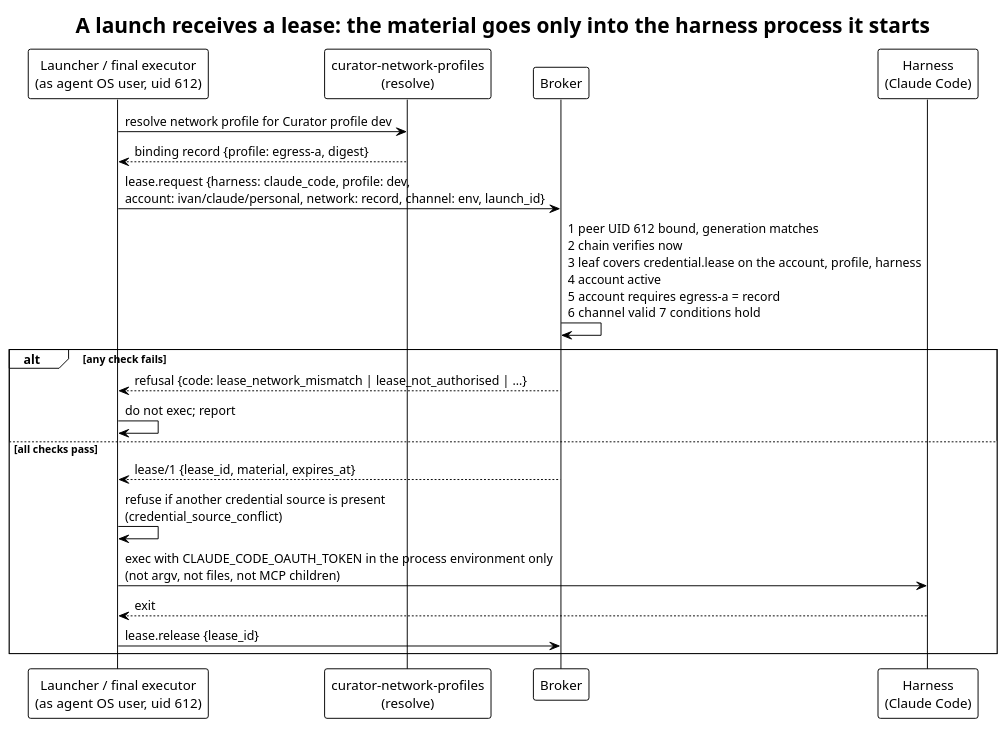
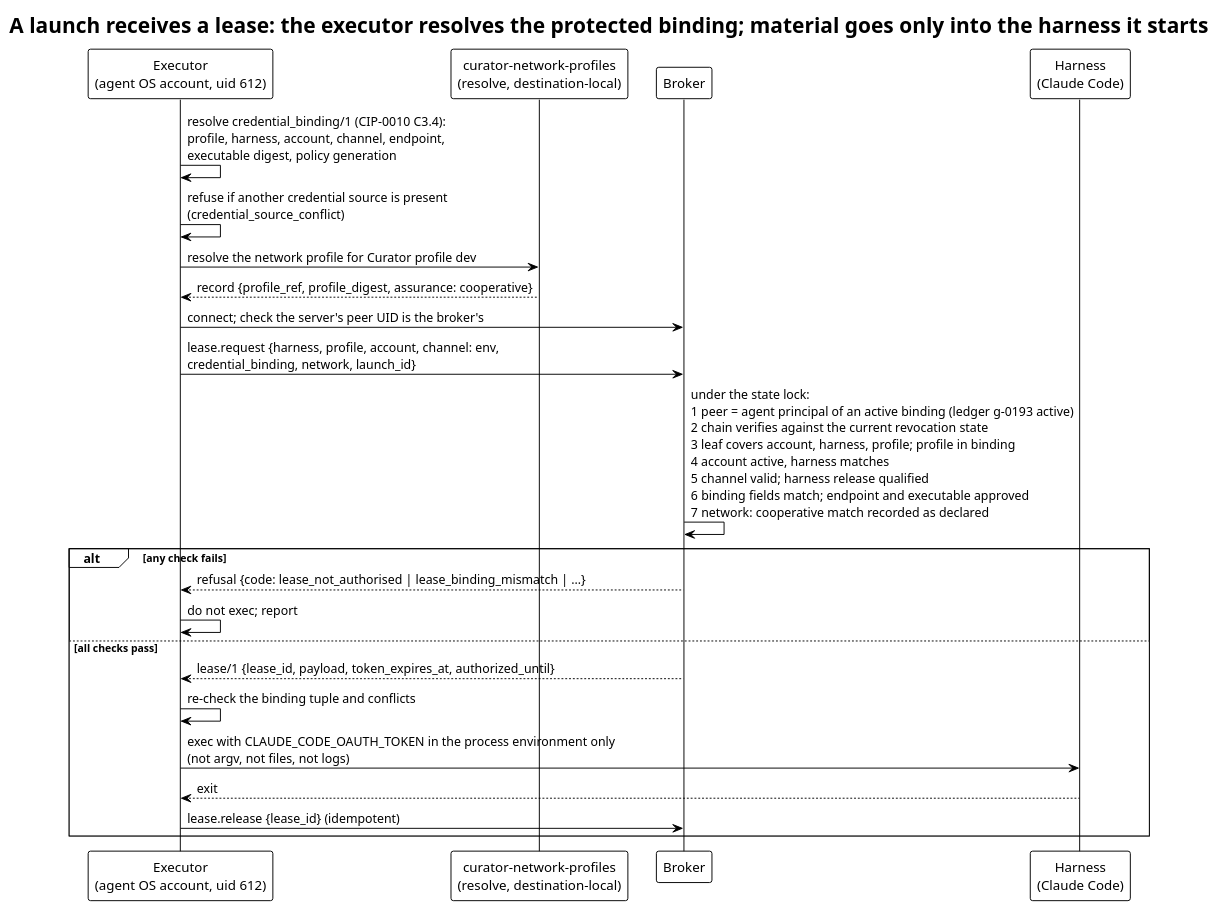
Before and after one commit to relux-works/curator-credential-broker: the diagram in diagrams/lease-at-launch.puml, drawn with PlantUML. The commit also changed 5 other files, not shown here.

First line of the commit message:
Revise the broker specification after the architecture review (v0.2)

```diff
--- a/diagrams/lease-at-launch.puml
+++ b/diagrams/lease-at-launch.puml
@@ -1,24 +1,27 @@
 @startuml lease-at-launch
 !theme plain
-title A launch receives a lease: the material goes only into the harness process it starts
+title A launch receives a lease: the executor resolves the protected binding; material goes only into the harness it starts
 
-participant "Launcher / final executor\n(as agent OS user, uid 612)" as L
-participant "curator-network-profiles\n(resolve)" as N
+participant "Executor\n(agent OS account, uid 612)" as E
+participant "curator-network-profiles\n(resolve, destination-local)" as N
 participant "Broker" as B
 participant "Harness\n(Claude Code)" as H
 
-L -> N: resolve network profile for Curator profile dev
-N --> L: binding record {profile: egress-a, digest}
-L -> B: lease.request {harness: claude_code, profile: dev,\naccount: ivan/claude/personal, network: record, channel: env, launch_id}
-B -> B: 1 peer UID 612 bound, generation matches\n2 chain verifies now\n3 leaf covers credential.lease on the account, profile, harness\n4 account active\n5 account requires egress-a = record\n6 channel valid  7 conditions hold
+E -> E: resolve credential_binding/1 (CIP-0010 C3.4):\nprofile, harness, account, channel, endpoint,\nexecutable digest, policy generation
+E -> E: refuse if another credential source is present\n(credential_source_conflict)
+E -> N: resolve the network profile for Curator profile dev
+N --> E: record {profile_ref, profile_digest, assurance: cooperative}
+E -> B: connect; check the server's peer UID is the broker's
+E -> B: lease.request {harness, profile, account, channel: env,\ncredential_binding, network, launch_id}
+B -> B: under the state lock:\n1 peer = agent principal of an active binding (ledger g-0193 active)\n2 chain verifies against the current revocation state\n3 leaf covers account, harness, profile; profile in binding\n4 account active, harness matches\n5 channel valid; harness release qualified\n6 binding fields match; endpoint and executable approved\n7 network: cooperative match recorded as declared
 alt any check fails
-  B --> L: refusal {code: lease_network_mismatch | lease_not_authorised | …}
-  L -> L: do not exec; report
+  B --> E: refusal {code: lease_not_authorised | lease_binding_mismatch | …}
+  E -> E: do not exec; report
 else all checks pass
-  B --> L: lease/1 {lease_id, material, expires_at}
-  L -> L: refuse if another credential source is present\n(credential_source_conflict)
-  L -> H: exec with CLAUDE_CODE_OAUTH_TOKEN in the process environment only\n(not argv, not files, not MCP children)
-  H --> L: exit
-  L -> B: lease.release {lease_id}
+  B --> E: lease/1 {lease_id, payload, token_expires_at, authorized_until}
+  E -> E: re-check the binding tuple and conflicts
+  E -> H: exec with CLAUDE_CODE_OAUTH_TOKEN in the process environment only\n(not argv, not files, not logs)
+  H --> E: exit
+  E -> B: lease.release {lease_id} (idempotent)
 end
 @enduml
```
